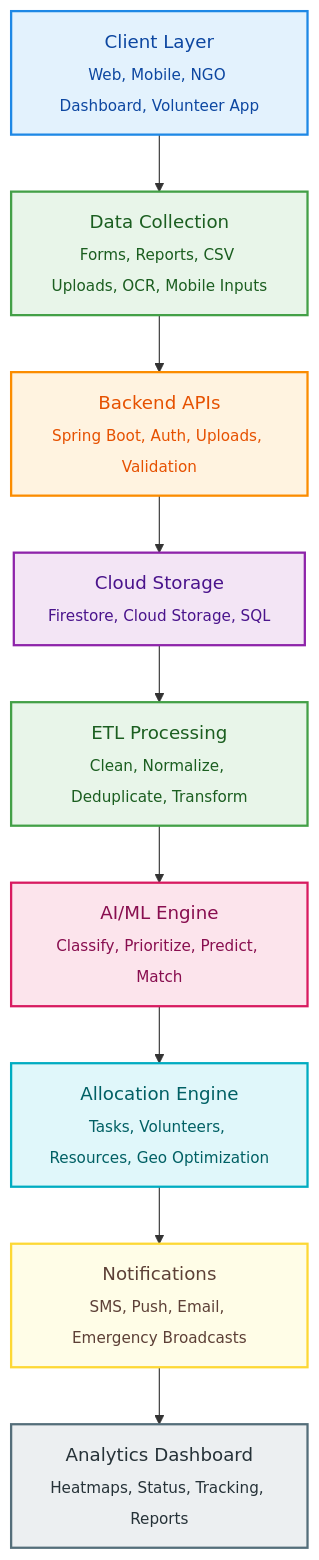
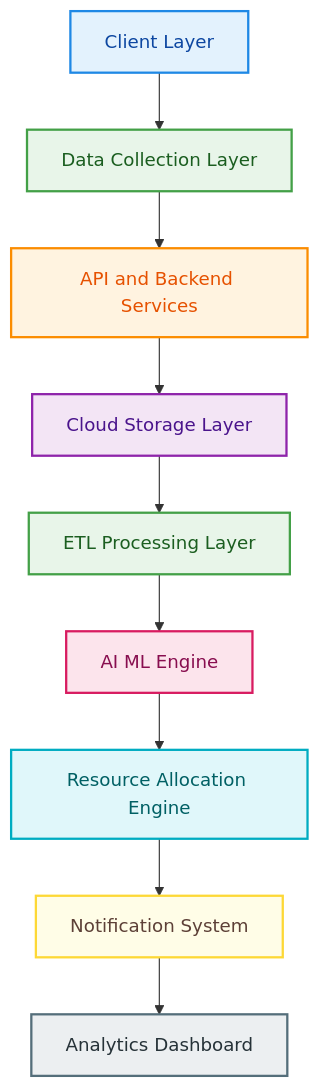
Before and after one commit to Ansh17gaur/Ansh17gaur: the first of 3 diagrams in readme.md, drawn with Mermaid. The commit also changed other lines of this file, not shown here.

````diff
--- a/readme.md
+++ b/readme.md
@@ -27,32 +31,39 @@
 ```mermaid
 flowchart TD
-    A["Client Layer<br/><sub>Web, Mobile, NGO Dashboard, Volunteer App</sub>"]
-    B["Data Collection<br/><sub>Forms, Reports, CSV Uploads, OCR, Mobile Inputs</sub>"]
-    C["Backend APIs<br/><sub>Spring Boot, Auth, Uploads, Validation</sub>"]
-    D["Cloud Storage<br/><sub>Firestore, Cloud Storage, SQL</sub>"]
-    E["ETL Processing<br/><sub>Clean, Normalize, Deduplicate, Transform</sub>"]
-    F["AI/ML Engine<br/><sub>Classify, Prioritize, Predict, Match</sub>"]
-    G["Allocation Engine<br/><sub>Tasks, Volunteers, Resources, Geo Optimization</sub>"]
-    H["Notifications<br/><sub>SMS, Push, Email, Emergency Broadcasts</sub>"]
-    I["Analytics Dashboard<br/><sub>Heatmaps, Status, Tracking, Reports</sub>"]
+    A["Client Layer"]
+    B["Data Collection Layer"]
+    C["API and Backend Services"]
+    D["Cloud Storage Layer"]
+    E["ETL Processing Layer"]
+    F["AI ML Engine"]
+    G["Resource Allocation Engine"]
+    H["Notification System"]
+    I["Analytics Dashboard"]
 
-    A --> B --> C --> D --> E --> F --> G --> H --> I
+    A --> B
+    B --> C
+    C --> D
+    D --> E
+    E --> F
+    F --> G
+    G --> H
+    H --> I
 
-    classDef client fill:#E3F2FD,stroke:#1E88E5,color:#0D47A1,stroke-width:2px
-    classDef data fill:#E8F5E9,stroke:#43A047,color:#1B5E20,stroke-width:2px
-    classDef backend fill:#FFF3E0,stroke:#FB8C00,color:#E65100,stroke-width:2px
-    classDef cloud fill:#F3E5F5,stroke:#8E24AA,color:#4A148C,stroke-width:2px
-    classDef ai fill:#FCE4EC,stroke:#D81B60,color:#880E4F,stroke-width:2px
-    classDef ops fill:#E0F7FA,stroke:#00ACC1,color:#006064,stroke-width:2px
-    classDef notify fill:#FFFDE7,stroke:#FDD835,color:#5D4037,stroke-width:2px
-    classDef analytics fill:#ECEFF1,stroke:#546E7A,color:#263238,stroke-width:2px
+    classDef client fill:#E3F2FD,stroke:#1E88E5,color:#0D47A1,stroke-width:2px;
+    classDef data fill:#E8F5E9,stroke:#43A047,color:#1B5E20,stroke-width:2px;
+    classDef backend fill:#FFF3E0,stroke:#FB8C00,color:#E65100,stroke-width:2px;
+    classDef cloud fill:#F3E5F5,stroke:#8E24AA,color:#4A148C,stroke-width:2px;
+    classDef ai fill:#FCE4EC,stroke:#D81B60,color:#880E4F,stroke-width:2px;
+    classDef ops fill:#E0F7FA,stroke:#00ACC1,color:#006064,stroke-width:2px;
+    classDef notify fill:#FFFDE7,stroke:#FDD835,color:#5D4037,stroke-width:2px;
+    classDef analytics fill:#ECEFF1,stroke:#546E7A,color:#263238,stroke-width:2px;
 
-    class A client
-    class B,E data
-    class C backend
-    class D cloud
-    class F ai
-    class G ops
-    class H notify
-    class I analytics
+    class A client;
+    class B,E data;
+    class C backend;
+    class D cloud;
+    class F ai;
+    class G ops;
+    class H notify;
+    class I analytics;
 ```
````
